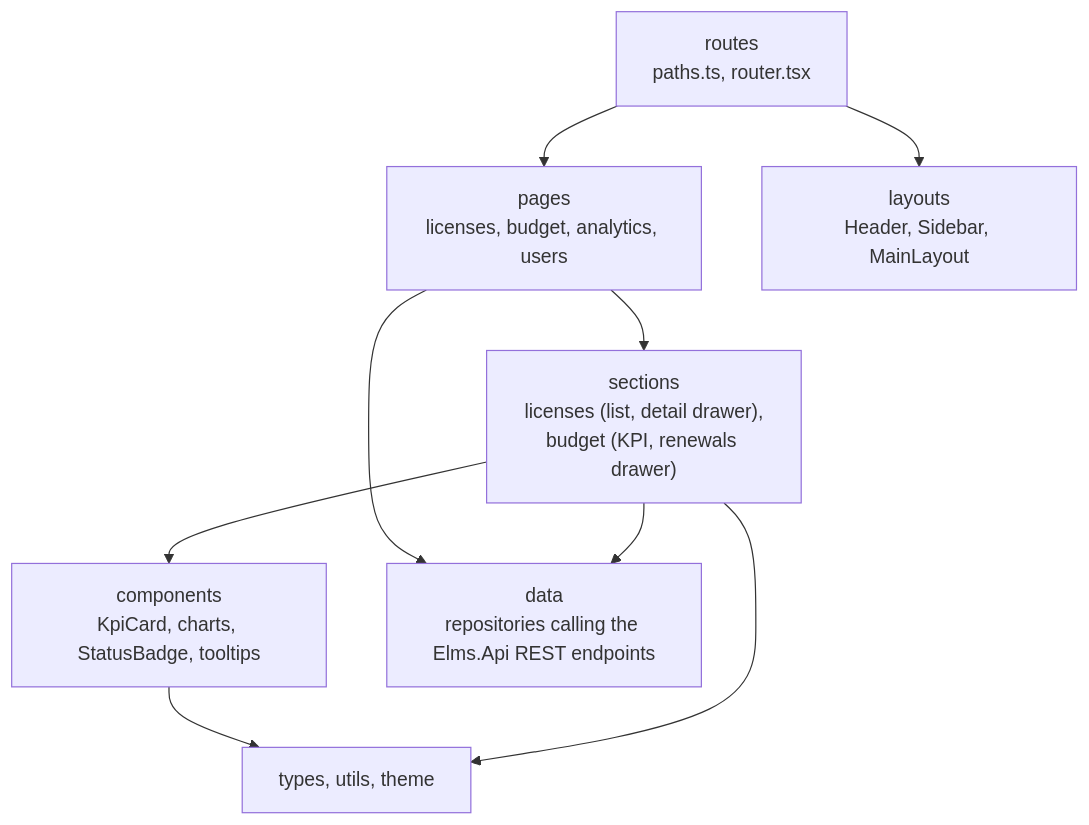
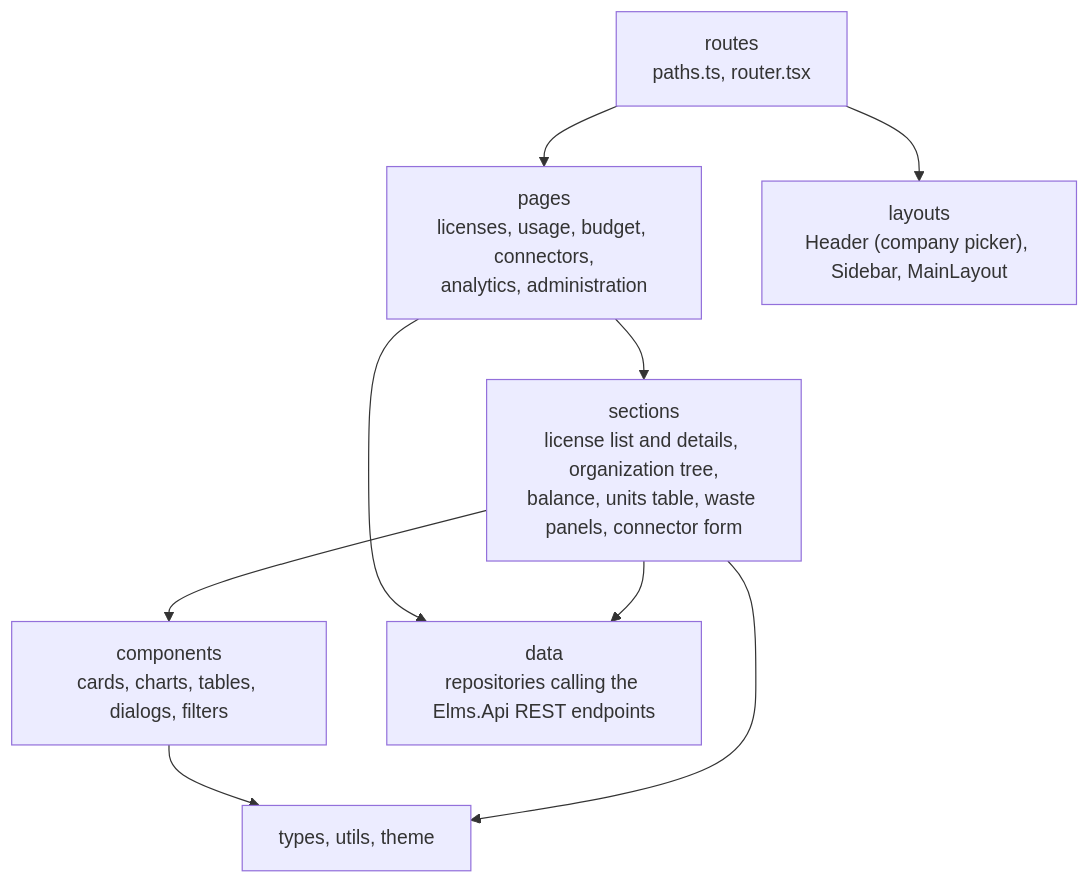
Before and after one commit to cuonglpv/VFast: the fifth of 7 diagrams in docs/07-c4-architecture.md, drawn with Mermaid. The commit also changed other lines of this file, not shown here.

First line of the commit message:
docs: align the C4 architecture with the P&L API model

````diff
--- a/docs/07-c4-architecture.md
+++ b/docs/07-c4-architecture.md
@@ -257,19 +265,19 @@
 ```mermaid
 flowchart TB
     router["routes<br/>paths.ts, router.tsx"]
-    pages["pages<br/>licenses, budget, analytics, users"]
-    sections["sections<br/>licenses (list, detail drawer),<br/>budget (KPI, renewals drawer)"]
-    components["components<br/>KpiCard, charts, StatusBadge, tooltips"]
-    layouts["layouts<br/>Header, Sidebar, MainLayout"]
+    pages["pages<br/>licenses, usage, budget, connectors,<br/>analytics, administration"]
+    sections["sections<br/>license list and details, organization tree,<br/>balance, units table, waste panels, connector form"]
+    components["components<br/>cards, charts, tables, dialogs, filters"]
+    layouts["layouts<br/>Header (company picker), Sidebar, MainLayout"]
     data["data<br/>repositories calling the Elms.Api REST endpoints"]
     shared["types, utils, theme"]
 
     router --> layouts
     router --> pages
     pages --> sections
     sections --> components
     pages --> data
     sections --> data
     components --> shared
     sections --> shared
 ```
````
